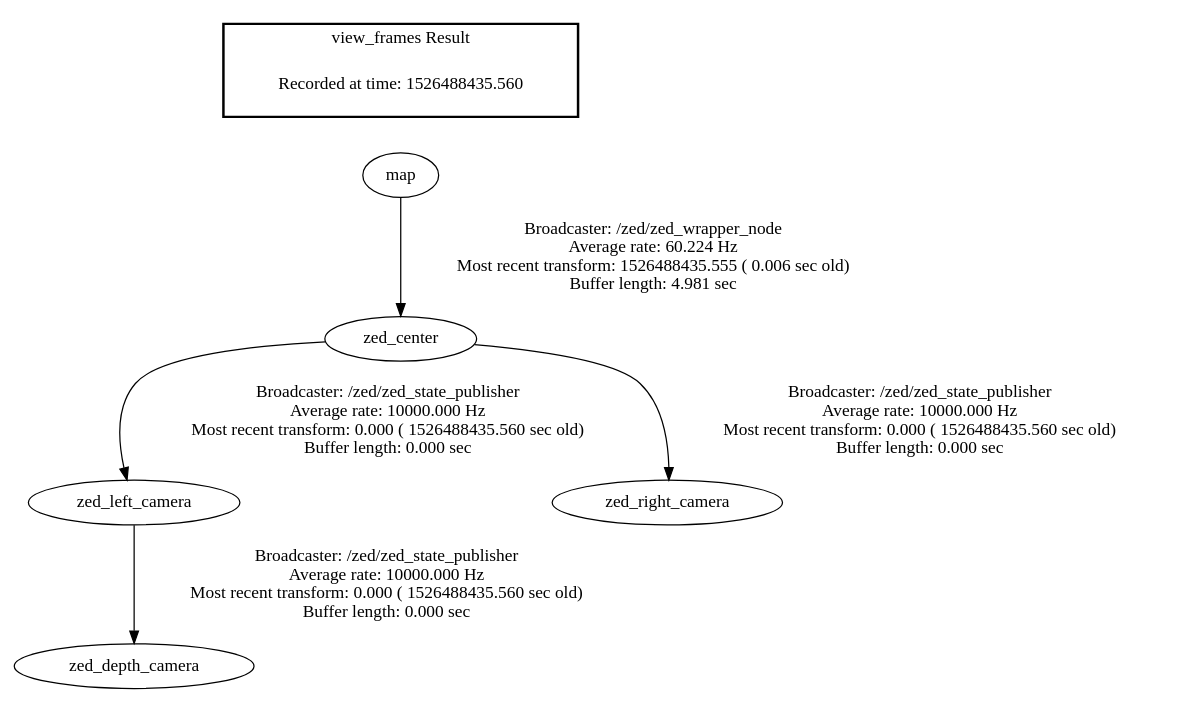
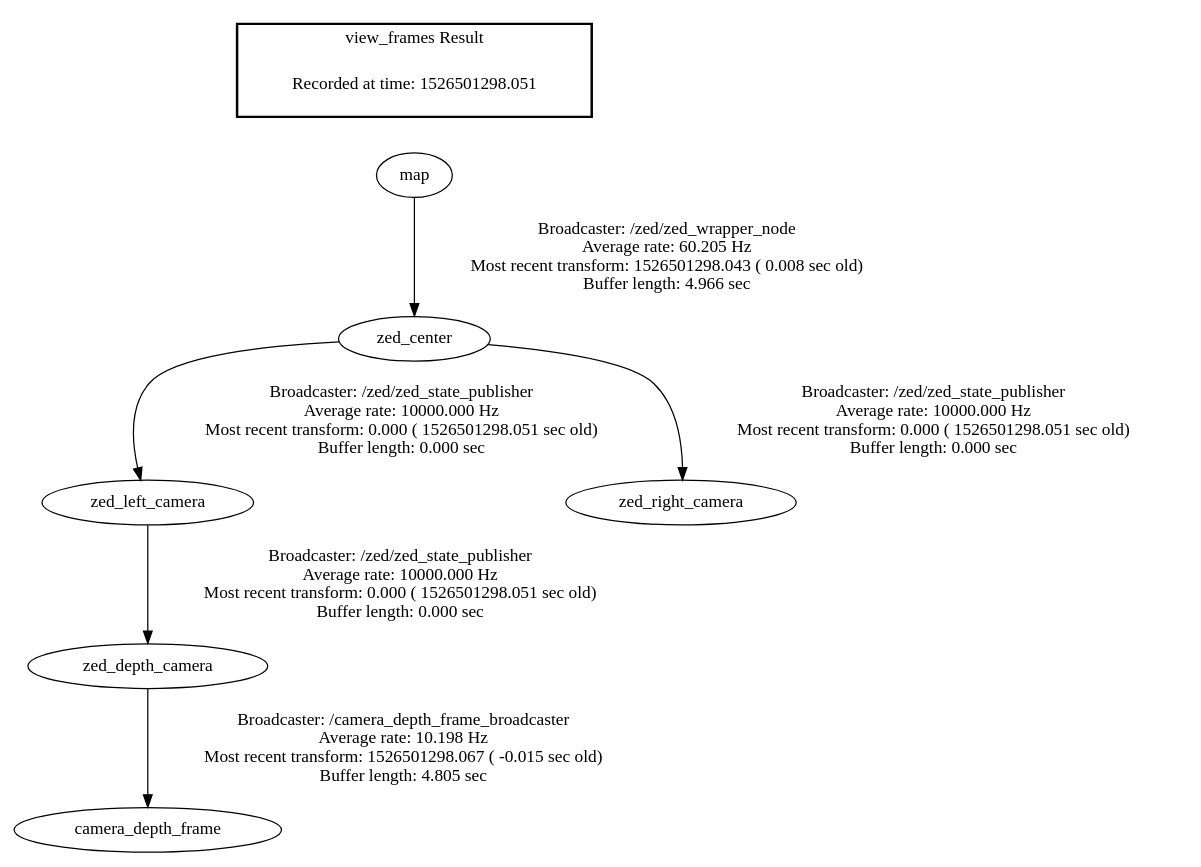
One commit to fgomezgo/ttrax changed the diagram in src/arania_arco/tf/frames.gv. Above: the diagram before and after it, drawn with Graphviz. The commit also changed 1 other file, not shown here.

```diff
--- a/src/arania_arco/tf/frames.gv
+++ b/src/arania_arco/tf/frames.gv
@@ -1,10 +1,11 @@
 digraph G {
-"zed_left_camera" -> "zed_depth_camera"[label="Broadcaster: /zed/zed_state_publisher\nAverage rate: 10000.000 Hz\nMost recent transform: 0.000 ( 1526488435.560 sec old)\nBuffer length: 0.000 sec\n"];
-"zed_center" -> "zed_left_camera"[label="Broadcaster: /zed/zed_state_publisher\nAverage rate: 10000.000 Hz\nMost recent transform: 0.000 ( 1526488435.560 sec old)\nBuffer length: 0.000 sec\n"];
-"map" -> "zed_center"[label="Broadcaster: /zed/zed_wrapper_node\nAverage rate: 60.224 Hz\nMost recent transform: 1526488435.555 ( 0.006 sec old)\nBuffer length: 4.981 sec\n"];
-"zed_center" -> "zed_right_camera"[label="Broadcaster: /zed/zed_state_publisher\nAverage rate: 10000.000 Hz\nMost recent transform: 0.000 ( 1526488435.560 sec old)\nBuffer length: 0.000 sec\n"];
+"zed_left_camera" -> "zed_depth_camera"[label="Broadcaster: /zed/zed_state_publisher\nAverage rate: 10000.000 Hz\nMost recent transform: 0.000 ( 1526501298.051 sec old)\nBuffer length: 0.000 sec\n"];
+"zed_center" -> "zed_left_camera"[label="Broadcaster: /zed/zed_state_publisher\nAverage rate: 10000.000 Hz\nMost recent transform: 0.000 ( 1526501298.051 sec old)\nBuffer length: 0.000 sec\n"];
+"map" -> "zed_center"[label="Broadcaster: /zed/zed_wrapper_node\nAverage rate: 60.205 Hz\nMost recent transform: 1526501298.043 ( 0.008 sec old)\nBuffer length: 4.966 sec\n"];
+"zed_center" -> "zed_right_camera"[label="Broadcaster: /zed/zed_state_publisher\nAverage rate: 10000.000 Hz\nMost recent transform: 0.000 ( 1526501298.051 sec old)\nBuffer length: 0.000 sec\n"];
+"zed_depth_camera" -> "camera_depth_frame"[label="Broadcaster: /camera_depth_frame_broadcaster\nAverage rate: 10.198 Hz\nMost recent transform: 1526501298.067 ( -0.015 sec old)\nBuffer length: 4.805 sec\n"];
 edge [style=invis];
  subgraph cluster_legend { style=bold; color=black; label ="view_frames Result";
-"Recorded at time: 1526488435.560"[ shape=plaintext ] ;
+"Recorded at time: 1526501298.051"[ shape=plaintext ] ;
  }->"map";
 }
```
